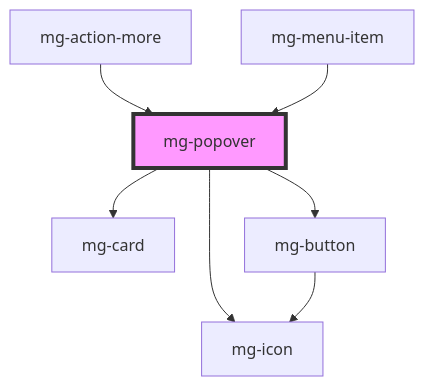
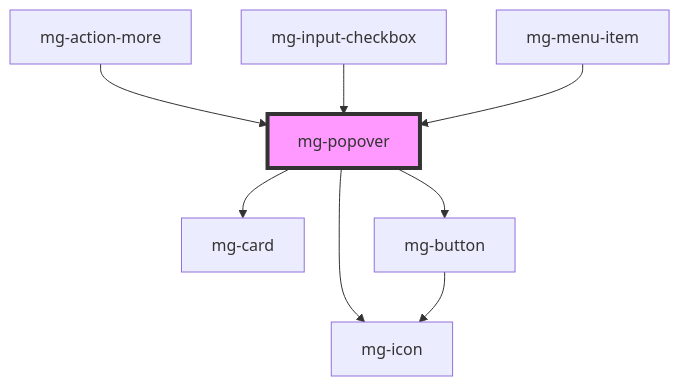
The diagram in packages/mg-components/src/components/molecules/mg-popover/readme.md (MGDIS/core-ui), drawn with Mermaid before and after one commit. The commit also changed other lines of this file and 71 other files, not shown here.

First line of the commit message:
feat(mgInputCheckbox): add multi type with basic behaviors

````diff
--- a/packages/mg-components/src/components/molecules/mg-popover/readme.md
+++ b/packages/mg-components/src/components/molecules/mg-popover/readme.md
@@ -106,10 +105,11 @@
 ```mermaid
 graph TD;
   mg-popover --> mg-card
   mg-popover --> mg-button
   mg-popover --> mg-icon
   mg-button --> mg-icon
   mg-action-more --> mg-popover
+  mg-input-checkbox --> mg-popover
   mg-menu-item --> mg-popover
   style mg-popover fill:#f9f,stroke:#333,stroke-width:4px
 ```
````
